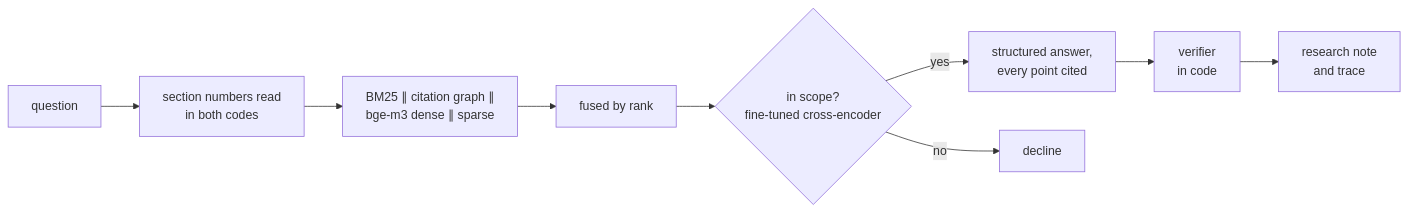
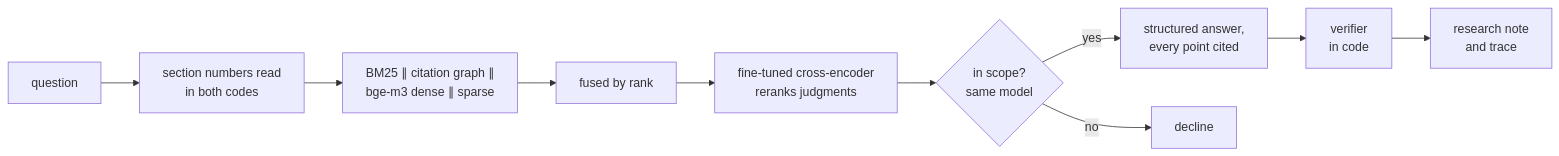
The diagram in README.md (Arav-Arun/Dhara), drawn with Mermaid before and after one commit. The commit also changed other lines of this file and 16 other files, not shown here.

First line of the commit message:
Rerank judgments with a retrained cross-encoder

````diff
--- a/README.md
+++ b/README.md
@@ -48,11 +48,12 @@
 ```mermaid
 flowchart LR
     Q[question] --> E[section numbers read<br>in both codes]
     E --> R[BM25 ∥ citation graph ∥<br>bge-m3 dense ∥ sparse]
     R --> F[fused by rank]
-    F --> C{in scope?<br>fine-tuned cross-encoder}
+    F --> X[fine-tuned cross-encoder<br>reranks judgments]
+    X --> C{in scope?<br>same model}
     C -->|yes| G[structured answer,<br>every point cited]
     C -->|no| D[decline]
     G --> V[verifier<br>in code]
     V --> A[research note<br>and trace]
 ```
````
